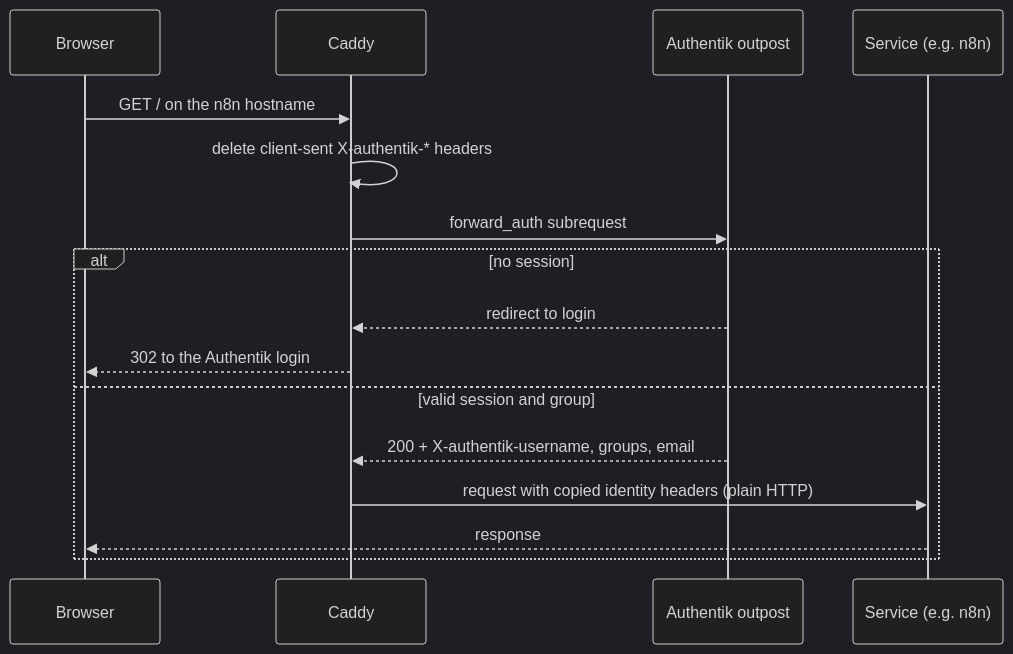
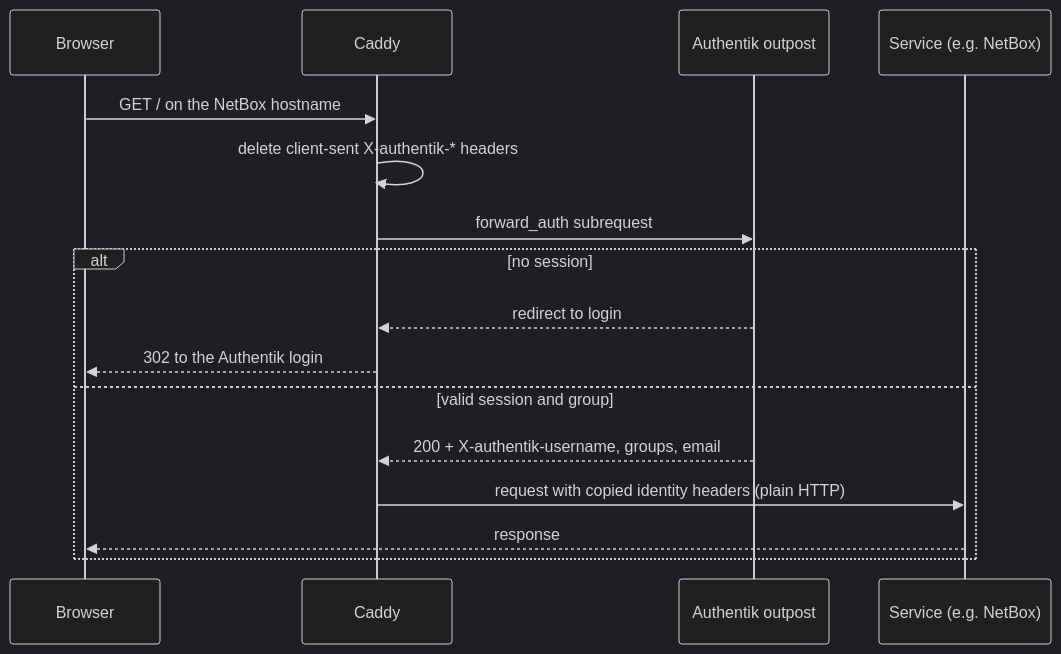
Before and after one commit to uhstray-io/agent-cloud: the fourth of 14 diagrams in plan/architecture/network-architecture.md, drawn with Mermaid (dark theme). The commit also changed other lines of this file and 9 other files, not shown here.

Commit message:
docs(architecture): remove retired platforms

````diff
--- a/plan/architecture/network-architecture.md
+++ b/plan/architecture/network-architecture.md
@@ -252,18 +252,18 @@
 ```mermaid
 sequenceDiagram
     participant B as Browser
     participant C as Caddy
     participant O as Authentik outpost
-    participant S as Service (e.g. n8n)
-    B->>C: GET / on the n8n hostname
+    participant S as Service (e.g. NetBox)
+    B->>C: GET / on the NetBox hostname
     C->>C: delete client-sent X-authentik-* headers
     C->>O: forward_auth subrequest
     alt no session
         O-->>C: redirect to login
         C-->>B: 302 to the Authentik login
     else valid session and group
         O-->>C: 200 + X-authentik-username, groups, email
         C->>S: request with copied identity headers (plain HTTP)
         S-->>B: response
     end
 ```
````
